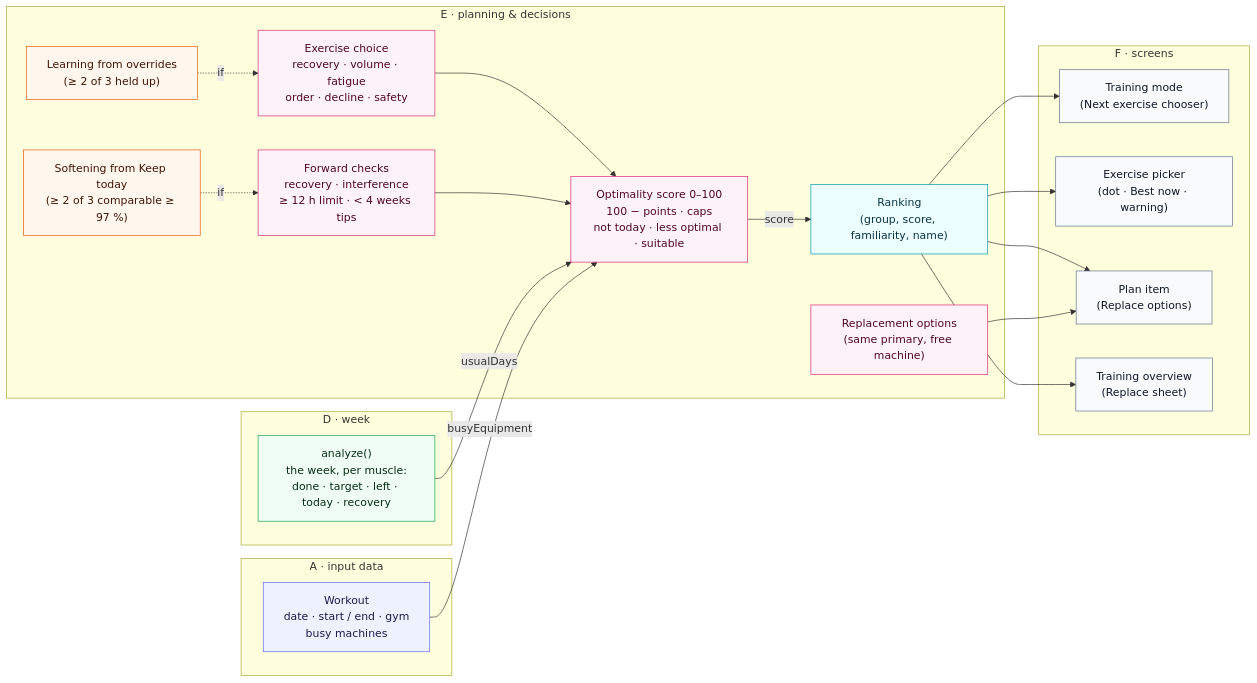
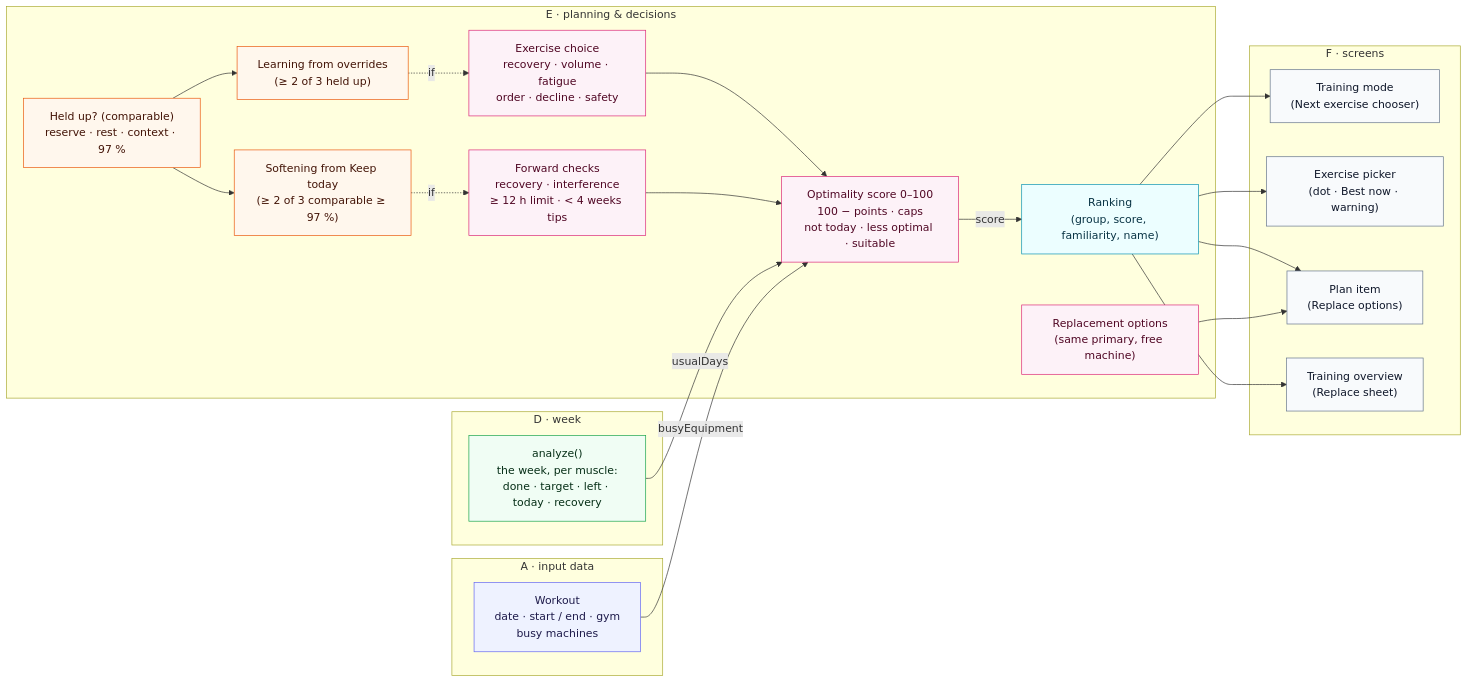
Before and after one commit to seniashinmaksim/gym-rat: the eighth of 8 diagrams in docs/FORMULA_DEPENDENCY_MAP.md, drawn with Mermaid. The commit also changed other lines of this file and 6 other files, not shown here.

````diff
--- a/docs/FORMULA_DEPENDENCY_MAP.md
+++ b/docs/FORMULA_DEPENDENCY_MAP.md
@@ -497,42 +546,45 @@
 ```mermaid
 flowchart LR
   subgraph A["A · input data"]
     in_workout["Workout<br/>date · start / end · gym<br/>busy machines"]:::input
   end
   subgraph D["D · week"]
     analyze["analyze()<br/>the week, per muscle:<br/>done · target · left · today · recovery"]:::aggregation
   end
   subgraph E["E · planning & decisions"]
     choice["Exercise choice<br/>recovery · volume · fatigue<br/>order · decline · safety"]:::decision
     optimality["Optimality score 0–100<br/>100 − points · caps<br/>not today · less optimal · suitable"]:::decision
     forward["Forward checks<br/>recovery · interference<br/>≥ 12 h limit · < 4 weeks tips"]:::decision
     choicelearn["Learning from overrides<br/>(≥ 2 of 3 held up)"]:::rule
+    heldup["Held up? (comparable)<br/>reserve · rest · context · 97 %"]:::rule
     kept["Softening from Keep today<br/>(≥ 2 of 3 comparable ≥ 97 %)"]:::rule
     rank["Ranking<br/>(group, score, familiarity, name)"]:::formula
     replace["Replacement options<br/>(same primary, free machine)"]:::decision
   end
   subgraph F["F · screens"]
     ui_train["Training mode<br/>(Next exercise chooser)"]:::ui
     ui_picker["Exercise picker<br/>(dot · Best now · warning)"]:::ui
     ui_itemrow["Plan item<br/>(Replace options)"]:::ui
     ui_overview["Training overview<br/>(Replace sheet)"]:::ui
   end
   choice --> optimality
   forward --> optimality
   analyze -->|usualDays| optimality
   in_workout -->|busyEquipment| optimality
   choicelearn -.->|if| choice
+  heldup --> choicelearn
+  heldup --> kept
   kept -.->|if| forward
   optimality -->|score| rank
   rank --> ui_train
   rank --> ui_picker
   rank --> ui_itemrow
   rank --> ui_overview
   replace --> ui_itemrow
   classDef input fill:#eef2ff,stroke:#6366f1,color:#1e1b4b
   classDef formula fill:#ecfeff,stroke:#0891b2,color:#083344
   classDef rule fill:#fff7ed,stroke:#ea580c,color:#431407
   classDef aggregation fill:#f0fdf4,stroke:#16a34a,color:#052e16
   classDef decision fill:#fdf2f8,stroke:#db2777,color:#500724
   classDef ui fill:#f8fafc,stroke:#64748b,color:#0f172a
 ```
````
